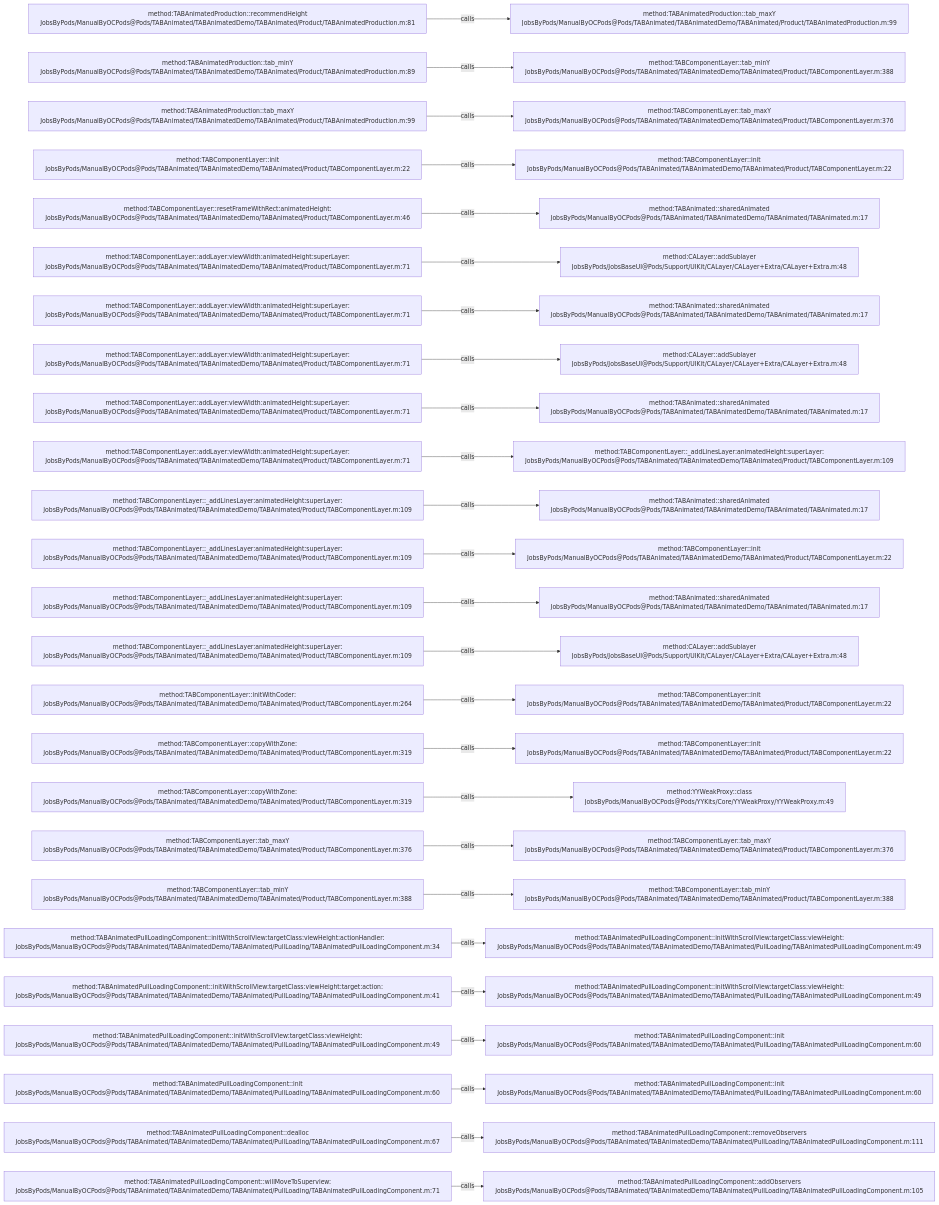
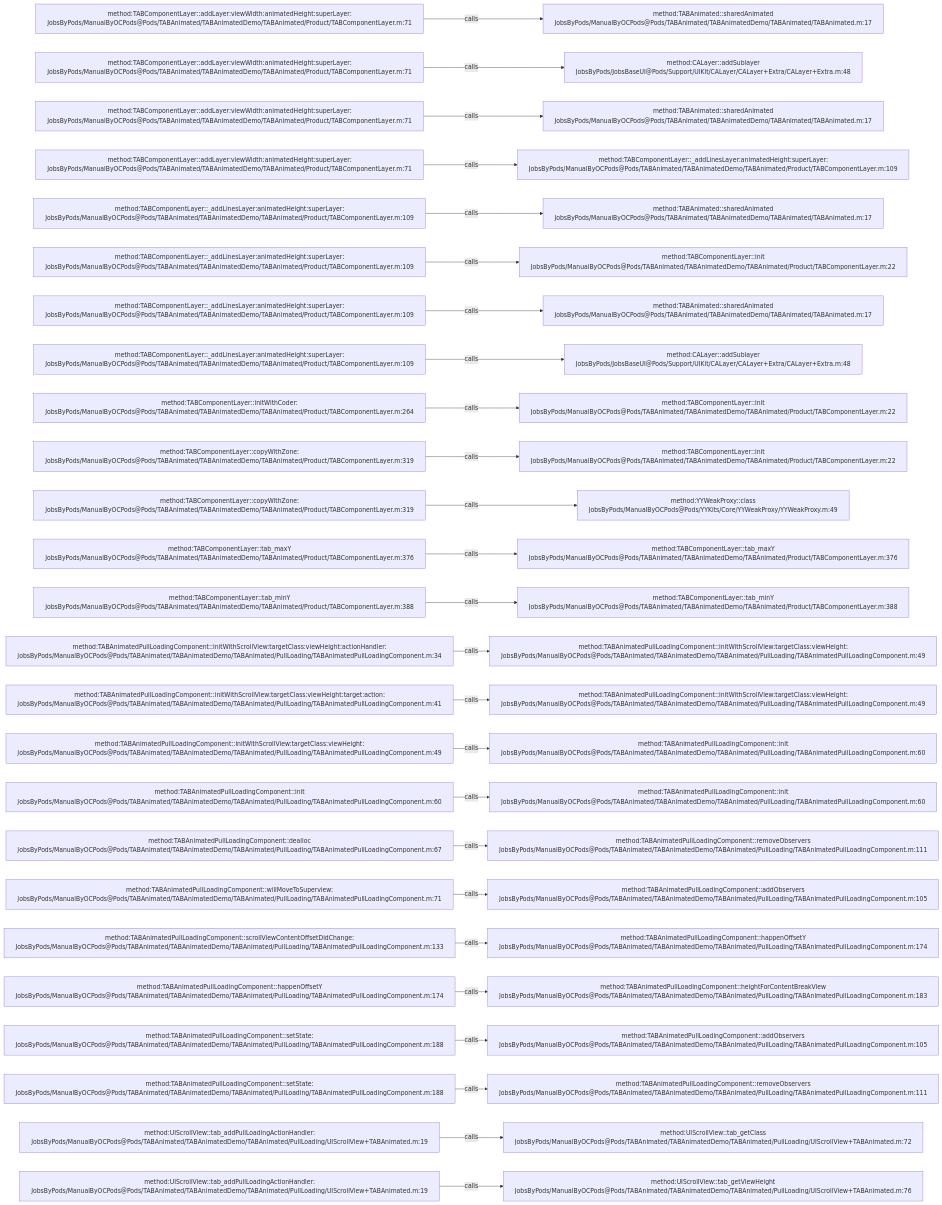
The diagram in .codegraph/codegraph.md/graphs/calls-030.md (JobsKits/JobsOCBaseConfigDemo), drawn with Mermaid before and after one commit. The commit also changed 666 other files, not shown here.

````diff
--- a/.codegraph/codegraph.md/graphs/calls-030.md
+++ b/.codegraph/codegraph.md/graphs/calls-030.md
@@ -13,78 +13,78 @@
 ```mermaid
 flowchart LR
-  S1["method:TABAnimatedProduction::recommendHeight<br/>JobsByPods/ManualByOCPods@Pods/TABAnimated/TABAnimatedDemo/TABAnimated/Product/TABAnimatedProduction.m:81"]
-  T1["method:TABAnimatedProduction::tab_maxY<br/>JobsByPods/ManualByOCPods@Pods/TABAnimated/TABAnimatedDemo/TABAnimated/Product/TABAnimatedProduction.m:99"]
+  S1["method:TABComponentLayer::addLayer:viewWidth:animatedHeight:superLayer:<br/>JobsByPods/ManualByOCPods@Pods/TABAnimated/TABAnimatedDemo/TABAnimated/Product/TABComponentLayer.m:71"]
+  T1["method:TABAnimated::sharedAnimated<br/>JobsByPods/ManualByOCPods@Pods/TABAnimated/TABAnimatedDemo/TABAnimated/TABAnimated.m:17"]
   S1 -->|calls| T1
-  S2["method:TABAnimatedProduction::tab_minY<br/>JobsByPods/ManualByOCPods@Pods/TABAnimated/TABAnimatedDemo/TABAnimated/Product/TABAnimatedProduction.m:89"]
-  T2["method:TABComponentLayer::tab_minY<br/>JobsByPods/ManualByOCPods@Pods/TABAnimated/TABAnimatedDemo/TABAnimated/Product/TABComponentLayer.m:388"]
+  S2["method:TABComponentLayer::addLayer:viewWidth:animatedHeight:superLayer:<br/>JobsByPods/ManualByOCPods@Pods/TABAnimated/TABAnimatedDemo/TABAnimated/Product/TABComponentLayer.m:71"]
+  T2["method:CALayer::addSublayer<br/>JobsByPods/JobsBaseUI@Pods/Support/UIKit/CALayer/CALayer+Extra/CALayer+Extra.m:48"]
   S2 -->|calls| T2
-  S3["method:TABAnimatedProduction::tab_maxY<br/>JobsByPods/ManualByOCPods@Pods/TABAnimated/TABAnimatedDemo/TABAnimated/Product/TABAnimatedProduction.m:99"]
-  T3["method:TABComponentLayer::tab_maxY<br/>JobsByPods/ManualByOCPods@Pods/TABAnimated/TABAnimatedDemo/TABAnimated/Product/TABComponentLayer.m:376"]
+  S3["method:TABComponentLayer::addLayer:viewWidth:animatedHeight:superLayer:<br/>JobsByPods/ManualByOCPods@Pods/TABAnimated/TABAnimatedDemo/TABAnimated/Product/TABComponentLayer.m:71"]
+  T3["method:TABAnimated::sharedAnimated<br/>JobsByPods/ManualByOCPods@Pods/TABAnimated/TABAnimatedDemo/TABAnimated/TABAnimated.m:17"]
   S3 -->|calls| T3
-  S4["method:TABComponentLayer::init<br/>JobsByPods/ManualByOCPods@Pods/TABAnimated/TABAnimatedDemo/TABAnimated/Product/TABComponentLayer.m:22"]
-  T4["method:TABComponentLayer::init<br/>JobsByPods/ManualByOCPods@Pods/TABAnimated/TABAnimatedDemo/TABAnimated/Product/TABComponentLayer.m:22"]
+  S4["method:TABComponentLayer::addLayer:viewWidth:animatedHeight:superLayer:<br/>JobsByPods/ManualByOCPods@Pods/TABAnimated/TABAnimatedDemo/TABAnimated/Product/TABComponentLayer.m:71"]
+  T4["method:TABComponentLayer::_addLinesLayer:animatedHeight:superLayer:<br/>JobsByPods/ManualByOCPods@Pods/TABAnimated/TABAnimatedDemo/TABAnimated/Product/TABComponentLayer.m:109"]
   S4 -->|calls| T4
-  S5["method:TABComponentLayer::resetFrameWithRect:animatedHeight:<br/>JobsByPods/ManualByOCPods@Pods/TABAnimated/TABAnimatedDemo/TABAnimated/Product/TABComponentLayer.m:46"]
+  S5["method:TABComponentLayer::_addLinesLayer:animatedHeight:superLayer:<br/>JobsByPods/ManualByOCPods@Pods/TABAnimated/TABAnimatedDemo/TABAnimated/Product/TABComponentLayer.m:109"]
   T5["method:TABAnimated::sharedAnimated<br/>JobsByPods/ManualByOCPods@Pods/TABAnimated/TABAnimatedDemo/TABAnimated/TABAnimated.m:17"]
   S5 -->|calls| T5
-  S6["method:TABComponentLayer::addLayer:viewWidth:animatedHeight:superLayer:<br/>JobsByPods/ManualByOCPods@Pods/TABAnimated/TABAnimatedDemo/TABAnimated/Product/TABComponentLayer.m:71"]
-  T6["method:CALayer::addSublayer<br/>JobsByPods/JobsBaseUI@Pods/Support/UIKit/CALayer/CALayer+Extra/CALayer+Extra.m:48"]
+  S6["method:TABComponentLayer::_addLinesLayer:animatedHeight:superLayer:<br/>JobsByPods/ManualByOCPods@Pods/TABAnimated/TABAnimatedDemo/TABAnimated/Product/TABComponentLayer.m:109"]
+  T6["method:TABComponentLayer::init<br/>JobsByPods/ManualByOCPods@Pods/TABAnimated/TABAnimatedDemo/TABAnimated/Product/TABComponentLayer.m:22"]
   S6 -->|calls| T6
-  S7["method:TABComponentLayer::addLayer:viewWidth:animatedHeight:superLayer:<br/>JobsByPods/ManualByOCPods@Pods/TABAnimated/TABAnimatedDemo/TABAnimated/Product/TABComponentLayer.m:71"]
+  S7["method:TABComponentLayer::_addLinesLayer:animatedHeight:superLayer:<br/>JobsByPods/ManualByOCPods@Pods/TABAnimated/TABAnimatedDemo/TABAnimated/Product/TABComponentLayer.m:109"]
   T7["method:TABAnimated::sharedAnimated<br/>JobsByPods/ManualByOCPods@Pods/TABAnimated/TABAnimatedDemo/TABAnimated/TABAnimated.m:17"]
   S7 -->|calls| T7
-  S8["method:TABComponentLayer::addLayer:viewWidth:animatedHeight:superLayer:<br/>JobsByPods/ManualByOCPods@Pods/TABAnimated/TABAnimatedDemo/TABAnimated/Product/TABComponentLayer.m:71"]
+  S8["method:TABComponentLayer::_addLinesLayer:animatedHeight:superLayer:<br/>JobsByPods/ManualByOCPods@Pods/TABAnimated/TABAnimatedDemo/TABAnimated/Product/TABComponentLayer.m:109"]
   T8["method:CALayer::addSublayer<br/>JobsByPods/JobsBaseUI@Pods/Support/UIKit/CALayer/CALayer+Extra/CALayer+Extra.m:48"]
   S8 -->|calls| T8
-  S9["method:TABComponentLayer::addLayer:viewWidth:animatedHeight:superLayer:<br/>JobsByPods/ManualByOCPods@Pods/TABAnimated/TABAnimatedDemo/TABAnimated/Product/TABComponentLayer.m:71"]
-  T9["method:TABAnimated::sharedAnimated<br/>JobsByPods/ManualByOCPods@Pods/TABAnimated/TABAnimatedDemo/TABAnimated/TABAnimated.m:17"]
+  S9["method:TABComponentLayer::initWithCoder:<br/>JobsByPods/ManualByOCPods@Pods/TABAnimated/TABAnimatedDemo/TABAnimated/Product/TABComponentLayer.m:264"]
+  T9["method:TABComponentLayer::init<br/>JobsByPods/ManualByOCPods@Pods/TABAnimated/TABAnimatedDemo/TABAnimated/Product/TABComponentLayer.m:22"]
   S9 -->|calls| T9
-  S10["method:TABComponentLayer::addLayer:viewWidth:animatedHeight:superLayer:<br/>JobsByPods/ManualByOCPods@Pods/TABAnimated/TABAnimatedDemo/TABAnimated/Product/TABComponentLayer.m:71"]
-  T10["method:TABComponentLayer::_addLinesLayer:animatedHeight:superLayer:<br/>JobsByPods/ManualByOCPods@Pods/TABAnimated/TABAnimatedDemo/TABAnimated/Product/TABComponentLayer.m:109"]
+  S10["method:TABComponentLayer::copyWithZone:<br/>JobsByPods/ManualByOCPods@Pods/TABAnimated/TABAnimatedDemo/TABAnimated/Product/TABComponentLayer.m:319"]
+  T10["method:TABComponentLayer::init<br/>JobsByPods/ManualByOCPods@Pods/TABAnimated/TABAnimatedDemo/TABAnimated/Product/TABComponentLayer.m:22"]
   S10 -->|calls| T10
-  S11["method:TABComponentLayer::_addLinesLayer:animatedHeight:superLayer:<br/>JobsByPods/ManualByOCPods@Pods/TABAnimated/TABAnimatedDemo/TABAnimated/Product/TABComponentLayer.m:109"]
-  T11["method:TABAnimated::sharedAnimated<br/>JobsByPods/ManualByOCPods@Pods/TABAnimated/TABAnimatedDemo/TABAnimated/TABAnimated.m:17"]
+  S11["method:TABComponentLayer::copyWithZone:<br/>JobsByPods/ManualByOCPods@Pods/TABAnimated/TABAnimatedDemo/TABAnimated/Product/TABComponentLayer.m:319"]
+  T11["method:YYWeakProxy::class<br/>JobsByPods/ManualByOCPods@Pods/YYKits/Core/YYWeakProxy/YYWeakProxy.m:49"]
   S11 -->|calls| T11
-  S12["method:TABComponentLayer::_addLinesLayer:animatedHeight:superLayer:<br/>JobsByPods/ManualByOCPods@Pods/TABAnimated/TABAnimatedDemo/TABAnimated/Product/TABComponentLayer.m:109"]
-  T12["method:TABComponentLayer::init<br/>JobsByPods/ManualByOCPods@Pods/TABAnimated/TABAnimatedDemo/TABAnimated/Product/TABComponentLayer.m:22"]
+  S12["method:TABComponentLayer::tab_maxY<br/>JobsByPods/ManualByOCPods@Pods/TABAnimated/TABAnimatedDemo/TABAnimated/Product/TABComponentLayer.m:376"]
+  T12["method:TABComponentLayer::tab_maxY<br/>JobsByPods/ManualByOCPods@Pods/TABAnimated/TABAnimatedDemo/TABAnimated/Product/TABComponentLayer.m:376"]
   S12 -->|calls| T12
-  S13["method:TABComponentLayer::_addLinesLayer:animatedHeight:superLayer:<br/>JobsByPods/ManualByOCPods@Pods/TABAnimated/TABAnimatedDemo/TABAnimated/Product/TABComponentLayer.m:109"]
-  T13["method:TABAnimated::sharedAnimated<br/>JobsByPods/ManualByOCPods@Pods/TABAnimated/TABAnimatedDemo/TABAnimated/TABAnimated.m:17"]
+  S13["method:TABComponentLayer::tab_minY<br/>JobsByPods/ManualByOCPods@Pods/TABAnimated/TABAnimatedDemo/TABAnimated/Product/TABComponentLayer.m:388"]
+  T13["method:TABComponentLayer::tab_minY<br/>JobsByPods/ManualByOCPods@Pods/TABAnimated/TABAnimatedDemo/TABAnimated/Product/TABComponentLayer.m:388"]
   S13 -->|calls| T13
-  S14["method:TABComponentLayer::_addLinesLayer:animatedHeight:superLayer:<br/>JobsByPods/ManualByOCPods@Pods/TABAnimated/TABAnimatedDemo/TABAnimated/Product/TABComponentLayer.m:109"]
-  T14["method:CALayer::addSublayer<br/>JobsByPods/JobsBaseUI@Pods/Support/UIKit/CALayer/CALayer+Extra/CALayer+Extra.m:48"]
+  S14["method:TABAnimatedPullLoadingComponent::initWithScrollView:targetClass:viewHeight:actionHandler:<br/>JobsByPods/ManualByOCPods@Pods/TABAnimated/TABAnimatedDemo/TABAnimated/PullLoading/TABAnimatedPullLoadingComponent.m:34"]
+  T14["method:TABAnimatedPullLoadingComponent::initWithScrollView:targetClass:viewHeight:<br/>JobsByPods/ManualByOCPods@Pods/TABAnimated/TABAnimatedDemo/TABAnimated/PullLoading/TABAnimatedPullLoadingComponent.m:49"]
   S14 -->|calls| T14
-  S15["method:TABComponentLayer::initWithCoder:<br/>JobsByPods/ManualByOCPods@Pods/TABAnimated/TABAnimatedDemo/TABAnimated/Product/TABComponentLayer.m:264"]
-  T15["method:TABComponentLayer::init<br/>JobsByPods/ManualByOCPods@Pods/TABAnimated/TABAnimatedDemo/TABAnimated/Product/TABComponentLayer.m:22"]
+  S15["method:TABAnimatedPullLoadingComponent::initWithScrollView:targetClass:viewHeight:target:action:<br/>JobsByPods/ManualByOCPods@Pods/TABAnimated/TABAnimatedDemo/TABAnimated/PullLoading/TABAnimatedPullLoadingComponent.m:41"]
+  T15["method:TABAnimatedPullLoadingComponent::initWithScrollView:targetClass:viewHeight:<br/>JobsByPods/ManualByOCPods@Pods/TABAnimated/TABAnimatedDemo/TABAnimated/PullLoading/TABAnimatedPullLoadingComponent.m:49"]
   S15 -->|calls| T15
-  S16["method:TABComponentLayer::copyWithZone:<br/>JobsByPods/ManualByOCPods@Pods/TABAnimated/TABAnimatedDemo/TABAnimated/Product/TABComponentLayer.m:319"]
-  T16["method:TABComponentLayer::init<br/>JobsByPods/ManualByOCPods@Pods/TABAnimated/TABAnimatedDemo/TABAnimated/Product/TABComponentLayer.m:22"]
+  S16["method:TABAnimatedPullLoadingComponent::initWithScrollView:targetClass:viewHeight:<br/>JobsByPods/ManualByOCPods@Pods/TABAnimated/TABAnimatedDemo/TABAnimated/PullLoading/TABAnimatedPullLoadingComponent.m:49"]
+  T16["method:TABAnimatedPullLoadingComponent::init<br/>JobsByPods/ManualByOCPods@Pods/TABAnimated/TABAnimatedDemo/TABAnimated/PullLoading/TABAnimatedPullLoadingComponent.m:60"]
   S16 -->|calls| T16
-  S17["method:TABComponentLayer::copyWithZone:<br/>JobsByPods/ManualByOCPods@Pods/TABAnimated/TABAnimatedDemo/TABAnimated/Product/TABComponentLayer.m:319"]
-  T17["method:YYWeakProxy::class<br/>JobsByPods/ManualByOCPods@Pods/YYKits/Core/YYWeakProxy/YYWeakProxy.m:49"]
+  S17["method:TABAnimatedPullLoadingComponent::init<br/>JobsByPods/ManualByOCPods@Pods/TABAnimated/TABAnimatedDemo/TABAnimated/PullLoading/TABAnimatedPullLoadingComponent.m:60"]
+  T17["method:TABAnimatedPullLoadingComponent::init<br/>JobsByPods/ManualByOCPods@Pods/TABAnimated/TABAnimatedDemo/TABAnimated/PullLoading/TABAnimatedPullLoadingComponent.m:60"]
   S17 -->|calls| T17
-  S18["method:TABComponentLayer::tab_maxY<br/>JobsByPods/ManualByOCPods@Pods/TABAnimated/TABAnimatedDemo/TABAnimated/Product/TABComponentLayer.m:376"]
-  T18["method:TABComponentLayer::tab_maxY<br/>JobsByPods/ManualByOCPods@Pods/TABAnimated/TABAnimatedDemo/TABAnimated/Product/TABComponentLayer.m:376"]
+  S18["method:TABAnimatedPullLoadingComponent::dealloc<br/>JobsByPods/ManualByOCPods@Pods/TABAnimated/TABAnimatedDemo/TABAnimated/PullLoading/TABAnimatedPullLoadingComponent.m:67"]
+  T18["method:TABAnimatedPullLoadingComponent::removeObservers<br/>JobsByPods/ManualByOCPods@Pods/TABAnimated/TABAnimatedDemo/TABAnimated/PullLoading/TABAnimatedPullLoadingComponent.m:111"]
   S18 -->|calls| T18
-  S19["method:TABComponentLayer::tab_minY<br/>JobsByPods/ManualByOCPods@Pods/TABAnimated/TABAnimatedDemo/TABAnimated/Product/TABComponentLayer.m:388"]
-  T19["method:TABComponentLayer::tab_minY<br/>JobsByPods/ManualByOCPods@Pods/TABAnimated/TABAnimatedDemo/TABAnimated/Product/TABComponentLayer.m:388"]
+  S19["method:TABAnimatedPullLoadingComponent::willMoveToSuperview:<br/>JobsByPods/ManualByOCPods@Pods/TABAnimated/TABAnimatedDemo/TABAnimated/PullLoading/TABAnimatedPullLoadingComponent.m:71"]
+  T19["method:TABAnimatedPullLoadingComponent::addObservers<br/>JobsByPods/ManualByOCPods@Pods/TABAnimated/TABAnimatedDemo/TABAnimated/PullLoading/TABAnimatedPullLoadingComponent.m:105"]
   S19 -->|calls| T19
-  S20["method:TABAnimatedPullLoadingComponent::initWithScrollView:targetClass:viewHeight:actionHandler:<br/>JobsByPods/ManualByOCPods@Pods/TABAnimated/TABAnimatedDemo/TABAnimated/PullLoading/TABAnimatedPullLoadingComponent.m:34"]
-  T20["method:TABAnimatedPullLoadingComponent::initWithScrollView:targetClass:viewHeight:<br/>JobsByPods/ManualByOCPods@Pods/TABAnimated/TABAnimatedDemo/TABAnimated/PullLoading/TABAnimatedPullLoadingComponent.m:49"]
+  S20["method:TABAnimatedPullLoadingComponent::scrollViewContentOffsetDidChange:<br/>JobsByPods/ManualByOCPods@Pods/TABAnimated/TABAnimatedDemo/TABAnimated/PullLoading/TABAnimatedPullLoadingComponent.m:133"]
+  T20["method:TABAnimatedPullLoadingComponent::happenOffsetY<br/>JobsByPods/ManualByOCPods@Pods/TABAnimated/TABAnimatedDemo/TABAnimated/PullLoading/TABAnimatedPullLoadingComponent.m:174"]
   S20 -->|calls| T20
-  S21["method:TABAnimatedPullLoadingComponent::initWithScrollView:targetClass:viewHeight:target:action:<br/>JobsByPods/ManualByOCPods@Pods/TABAnimated/TABAnimatedDemo/TABAnimated/PullLoading/TABAnimatedPullLoadingComponent.m:41"]
-  T21["method:TABAnimatedPullLoadingComponent::initWithScrollView:targetClass:viewHeight:<br/>JobsByPods/ManualByOCPods@Pods/TABAnimated/TABAnimatedDemo/TABAnimated/PullLoading/TABAnimatedPullLoadingComponent.m:49"]
+  S21["method:TABAnimatedPullLoadingComponent::happenOffsetY<br/>JobsByPods/ManualByOCPods@Pods/TABAnimated/TABAnimatedDemo/TABAnimated/PullLoading/TABAnimatedPullLoadingComponent.m:174"]
+  T21["method:TABAnimatedPullLoadingComponent::heightForContentBreakView<br/>JobsByPods/ManualByOCPods@Pods/TABAnimated/TABAnimatedDemo/TABAnimated/PullLoading/TABAnimatedPullLoadingComponent.m:183"]
   S21 -->|calls| T21
-  S22["method:TABAnimatedPullLoadingComponent::initWithScrollView:targetClass:viewHeight:<br/>JobsByPods/ManualByOCPods@Pods/TABAnimated/TABAnimatedDemo/TABAnimated/PullLoading/TABAnimatedPullLoadingComponent.m:49"]
-  T22["method:TABAnimatedPullLoadingComponent::init<br/>JobsByPods/ManualByOCPods@Pods/TABAnimated/TABAnimatedDemo/TABAnimated/PullLoading/TABAnimatedPullLoadingComponent.m:60"]
+  S22["method:TABAnimatedPullLoadingComponent::setState:<br/>JobsByPods/ManualByOCPods@Pods/TABAnimated/TABAnimatedDemo/TABAnimated/PullLoading/TABAnimatedPullLoadingComponent.m:188"]
+  T22["method:TABAnimatedPullLoadingComponent::addObservers<br/>JobsByPods/ManualByOCPods@Pods/TABAnimated/TABAnimatedDemo/TABAnimated/PullLoading/TABAnimatedPullLoadingComponent.m:105"]
   S22 -->|calls| T22
-  S23["method:TABAnimatedPullLoadingComponent::init<br/>JobsByPods/ManualByOCPods@Pods/TABAnimated/TABAnimatedDemo/TABAnimated/PullLoading/TABAnimatedPullLoadingComponent.m:60"]
-  T23["method:TABAnimatedPullLoadingComponent::init<br/>JobsByPods/ManualByOCPods@Pods/TABAnimated/TABAnimatedDemo/TABAnimated/PullLoading/TABAnimatedPullLoadingComponent.m:60"]
+  S23["method:TABAnimatedPullLoadingComponent::setState:<br/>JobsByPods/ManualByOCPods@Pods/TABAnimated/TABAnimatedDemo/TABAnimated/PullLoading/TABAnimatedPullLoadingComponent.m:188"]
+  T23["method:TABAnimatedPullLoadingComponent::removeObservers<br/>JobsByPods/ManualByOCPods@Pods/TABAnimated/TABAnimatedDemo/TABAnimated/PullLoading/TABAnimatedPullLoadingComponent.m:111"]
   S23 -->|calls| T23
-  S24["method:TABAnimatedPullLoadingComponent::dealloc<br/>JobsByPods/ManualByOCPods@Pods/TABAnimated/TABAnimatedDemo/TABAnimated/PullLoading/TABAnimatedPullLoadingComponent.m:67"]
-  T24["method:TABAnimatedPullLoadingComponent::removeObservers<br/>JobsByPods/ManualByOCPods@Pods/TABAnimated/TABAnimatedDemo/TABAnimated/PullLoading/TABAnimatedPullLoadingComponent.m:111"]
+  S24["method:UIScrollView::tab_addPullLoadingActionHandler:<br/>JobsByPods/ManualByOCPods@Pods/TABAnimated/TABAnimatedDemo/TABAnimated/PullLoading/UIScrollView+TABAnimated.m:19"]
+  T24["method:UIScrollView::tab_getClass<br/>JobsByPods/ManualByOCPods@Pods/TABAnimated/TABAnimatedDemo/TABAnimated/PullLoading/UIScrollView+TABAnimated.m:72"]
   S24 -->|calls| T24
-  S25["method:TABAnimatedPullLoadingComponent::willMoveToSuperview:<br/>JobsByPods/ManualByOCPods@Pods/TABAnimated/TABAnimatedDemo/TABAnimated/PullLoading/TABAnimatedPullLoadingComponent.m:71"]
-  T25["method:TABAnimatedPullLoadingComponent::addObservers<br/>JobsByPods/ManualByOCPods@Pods/TABAnimated/TABAnimatedDemo/TABAnimated/PullLoading/TABAnimatedPullLoadingComponent.m:105"]
+  S25["method:UIScrollView::tab_addPullLoadingActionHandler:<br/>JobsByPods/ManualByOCPods@Pods/TABAnimated/TABAnimatedDemo/TABAnimated/PullLoading/UIScrollView+TABAnimated.m:19"]
+  T25["method:UIScrollView::tab_getViewHeight<br/>JobsByPods/ManualByOCPods@Pods/TABAnimated/TABAnimatedDemo/TABAnimated/PullLoading/UIScrollView+TABAnimated.m:76"]
   S25 -->|calls| T25
 ```
````
